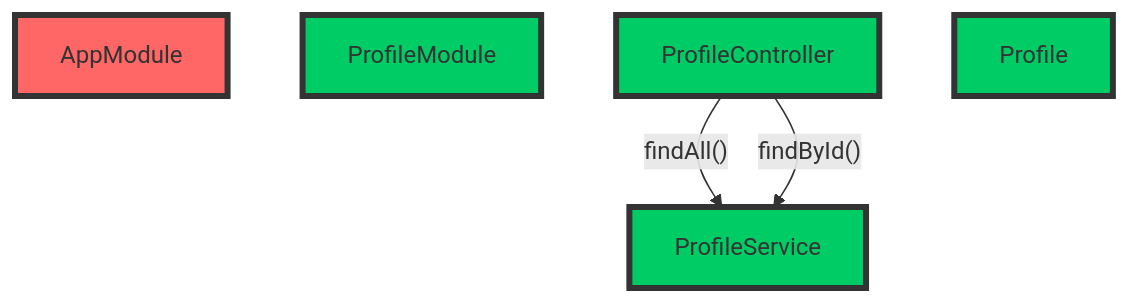
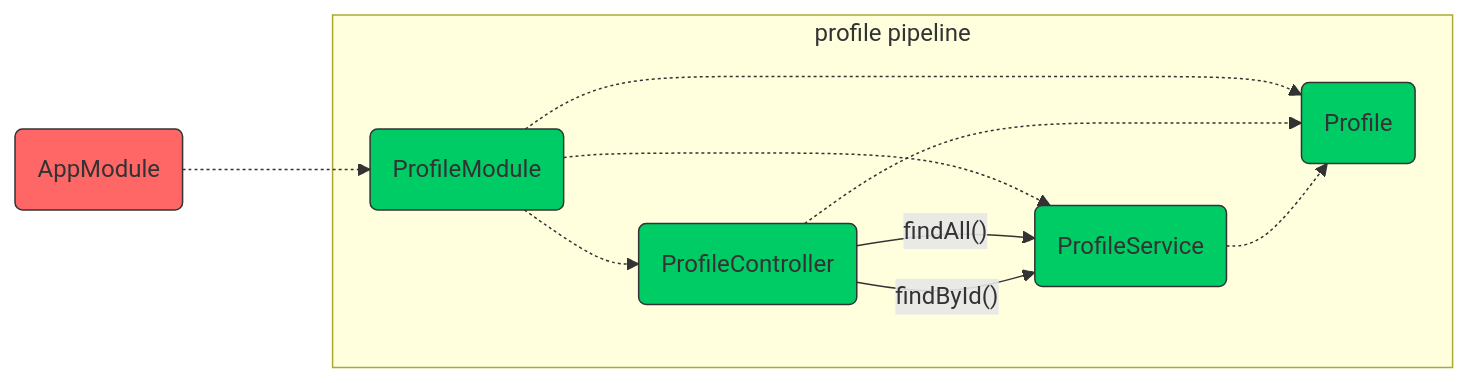
The second of 13 diagrams in README.md (boostercloud/kyc-example), drawn with Mermaid before and after one commit. The commit also changed other lines of this file and 10 other files, not shown here.

````diff
--- a/README.md
+++ b/README.md
@@ -111,12 +134,18 @@
 ```mermaid
-graph TD;
-    classDef red fill:#ff6666,stroke:#333,stroke-width:4px,color:#333;
-    classDef green fill:#00cc66,stroke:#333,stroke-width:4px,color:#333;
-    A[AppModule];
-    B[ProfileModule];
-    C[ProfileController] -->|"findAll()"| D[ProfileService];
-    C -->|"findById()"| D;
-    E[Profile];
-    class A red;
-    class B,C,D,E green;
+graph LR;
+    classDef red fill:#ff6666,stroke:#333,stroke-width:1px,color:#333;
+    classDef green fill:#00cc66,stroke:#333,stroke-width:1px,color:#333;
+    A(AppModule) -..-> B
+    subgraph profile pipeline
+        B(ProfileModule) -.-> E
+        B -.-> C
+        B -.-> D
+        C(ProfileController) -->|"findAll()"| D(ProfileService)
+        C -.-> E
+        C -->|"findById()"| D
+        D -.-> E
+        E(Profile)
+    end
+    class A red
+    class B,C,D,E green
 ```
````
